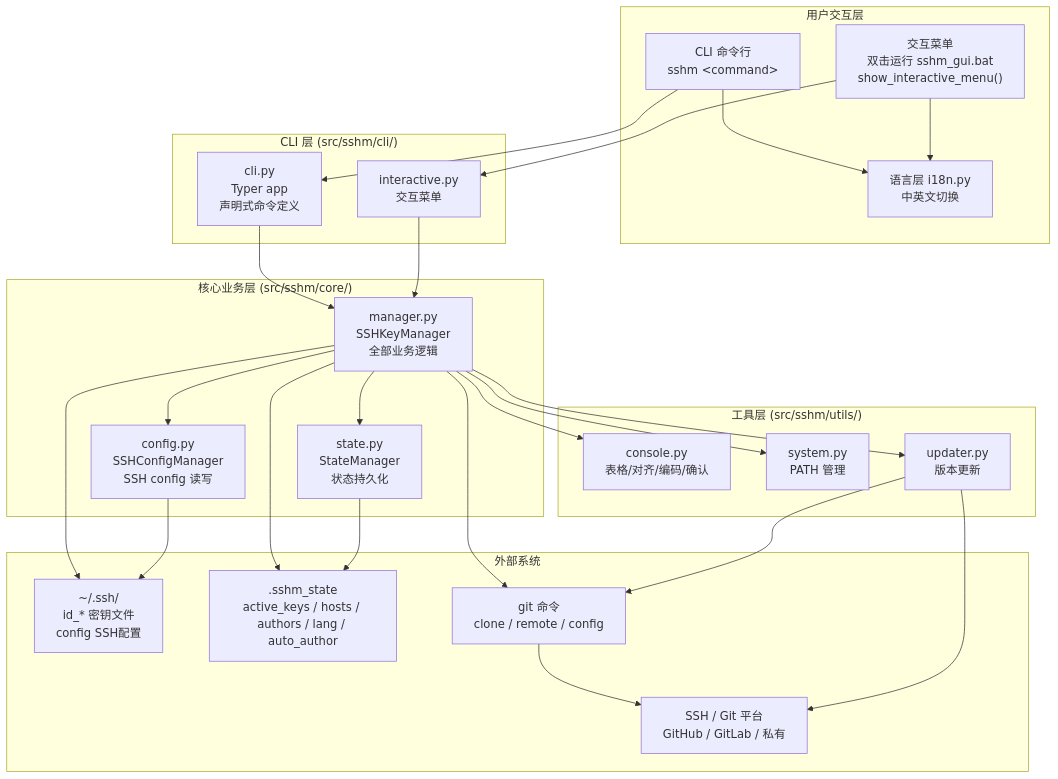
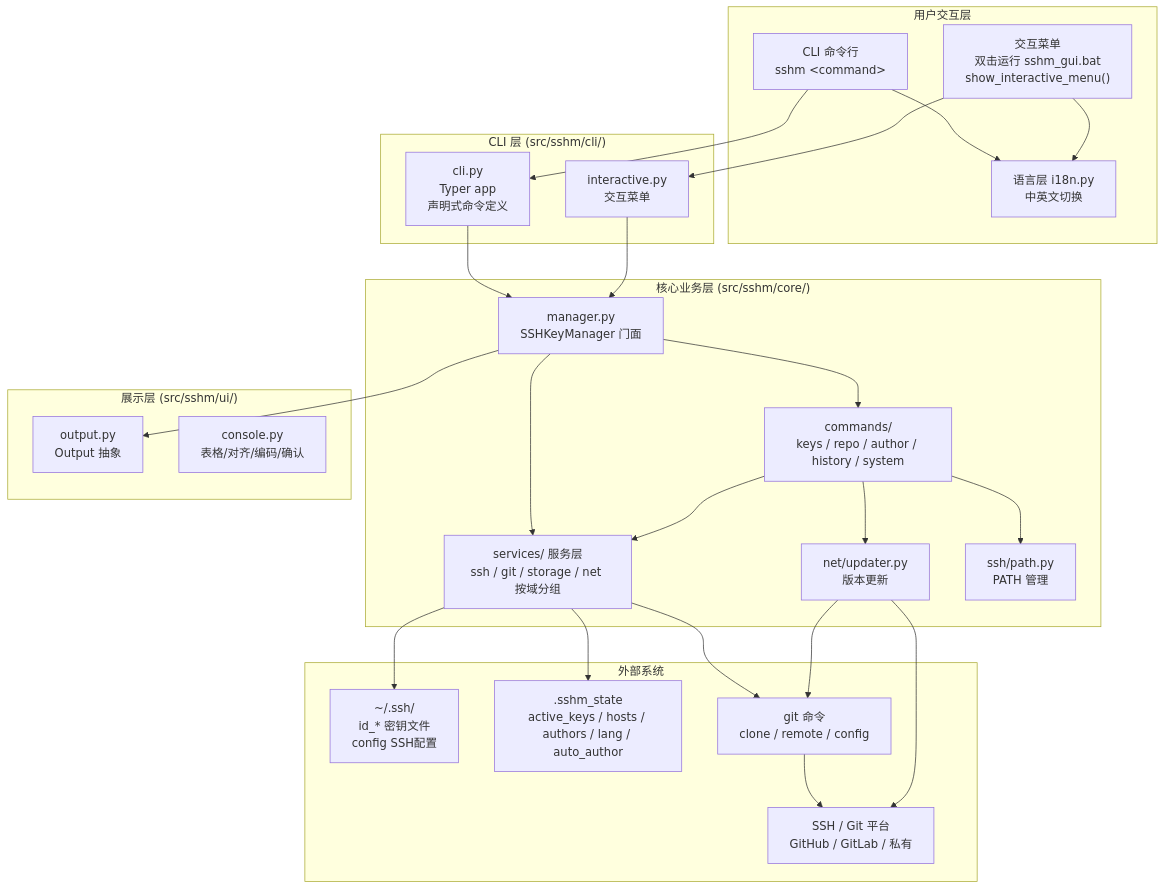
One commit to 365tools/SSHKeyManager changed the second of 2 diagrams in docs/DEVELOPER.md. Above: the diagram before and after it, drawn with Mermaid. The commit also changed other lines of this file and 78 other files, not shown here.

````diff
--- a/docs/DEVELOPER.md
+++ b/docs/DEVELOPER.md
@@ -103,57 +109,56 @@
 ```mermaid
 flowchart TB
     subgraph User["用户交互层"]
         CLI["CLI 命令行<br/>sshm &lt;command&gt;"]
         GUI["交互菜单<br/>双击运行 sshm_gui.bat<br/>show_interactive_menu()"]
         LANG["语言层 i18n.py<br/>中英文切换"]
     end
 
     subgraph Cli["CLI 层 (src/sshm/cli/)"]
         CliApp["cli.py<br/>Typer app<br/>声明式命令定义"]
         Interactive["interactive.py<br/>交互菜单"]
     end
 
     subgraph Core["核心业务层 (src/sshm/core/)"]
-        Manager["manager.py<br/>SSHKeyManager<br/>全部业务逻辑"]
-        Config["config.py<br/>SSHConfigManager<br/>SSH config 读写"]
-        State["state.py<br/>StateManager<br/>状态持久化"]
+        Manager["manager.py<br/>SSHKeyManager 门面"]
+        Commands["commands/<br/>keys / repo / author / history / system"]
+        Services["services/ 服务层<br/>ssh / git / storage / net 按域分组"]
+        Updater["net/updater.py<br/>版本更新"]
+        Path["ssh/path.py<br/>PATH 管理"]
     end
 
-    subgraph Utils["工具层 (src/sshm/utils/)"]
+    subgraph UI["展示层 (src/sshm/ui/)"]
+        Output["output.py<br/>Output 抽象"]
         Console["console.py<br/>表格/对齐/编码/确认"]
-        System["system.py<br/>PATH 管理"]
-        Updater["updater.py<br/>版本更新"]
     end
 
     subgraph External["外部系统"]
         SSH_DIR["~/.ssh/<br/>id_* 密钥文件<br/>config SSH配置"]
         STATE_FILE[".sshm_state<br/>active_keys / hosts / authors / lang / auto_author"]
         GIT["git 命令<br/>clone / remote / config"]
         SSHD["SSH / Git 平台<br/>GitHub / GitLab / 私有"]
     end
 
     CLI --> CliApp
     GUI --> Interactive
     CLI --> LANG
     GUI --> LANG
 
     CliApp --> Manager
     Interactive --> Manager
 
-    Manager --> Config
-    Manager --> State
+    Manager --> Commands
+    Manager --> Services
+    Manager --> Output
+    Commands --> Services
+    Commands --> Updater
+    Commands --> Path
 
-    Manager --> Console
-    Manager --> System
-    Manager --> Updater
-
-    Manager --> SSH_DIR
-    Manager --> STATE_FILE
-    Manager --> GIT
-    Config --> SSH_DIR
-    State --> STATE_FILE
+    Services --> SSH_DIR
+    Services --> STATE_FILE
+    Services --> GIT
     GIT --> SSHD
 
     Updater --> GIT
     Updater --> SSHD
 ```
````
